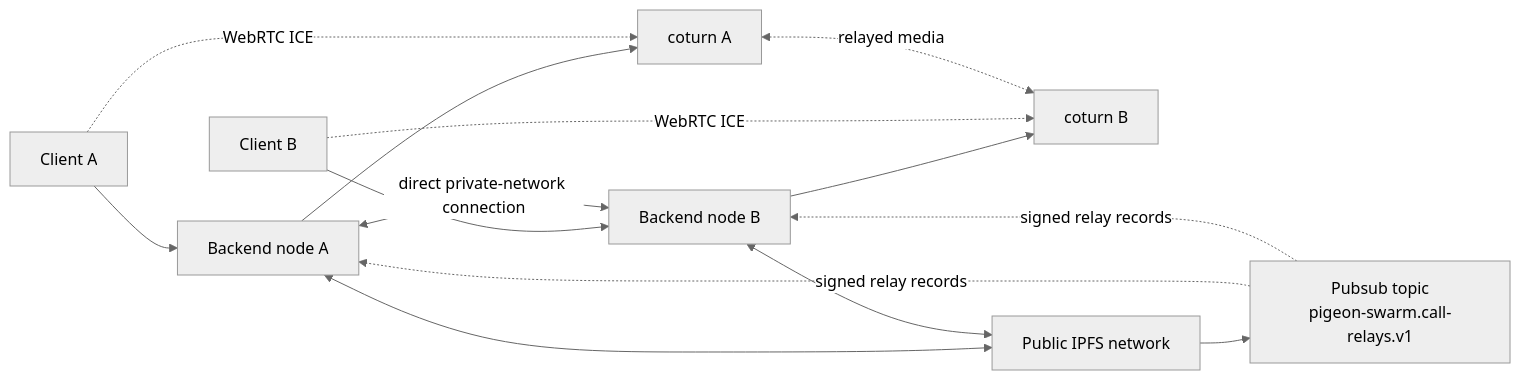
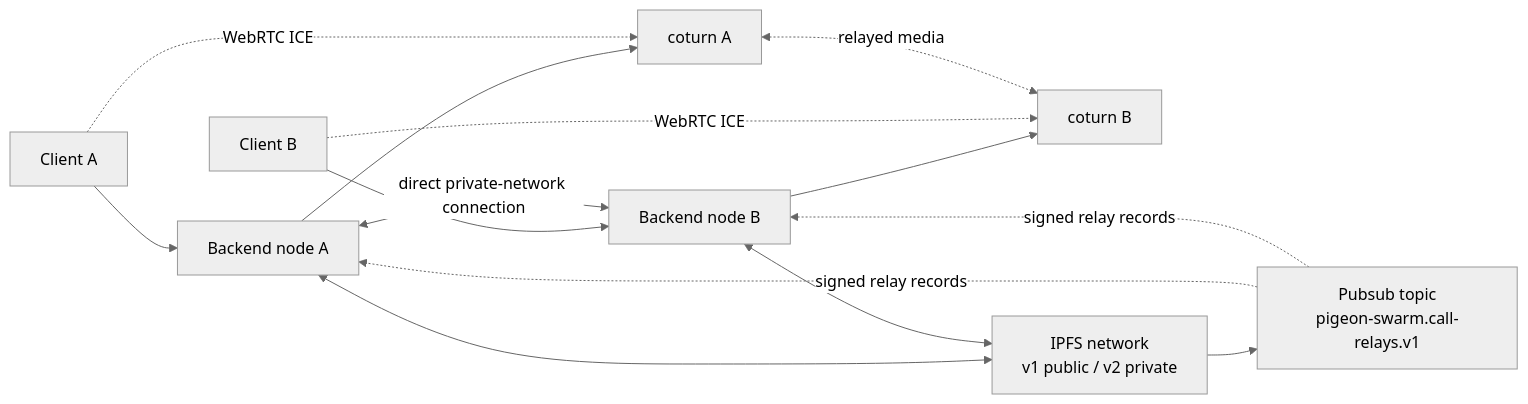
One commit to haskou/pigeon-swarm-node changed the first of 5 diagrams in docs/calls-turn-relay-discovery.md. Above: the diagram before and after it, drawn with Mermaid (neutral theme). The commit also changed other lines of this file and 24 other files, not shown here.

````diff
--- a/docs/calls-turn-relay-discovery.md
+++ b/docs/calls-turn-relay-discovery.md
@@ -28,22 +29,22 @@
 ```mermaid
 flowchart LR
     BrowserA["Client A"] --> BackendA["Backend node A"]
     BrowserB["Client B"] --> BackendB["Backend node B"]
 
     BackendA --> CoturnA["coturn A"]
     BackendB --> CoturnB["coturn B"]
 
     BackendA <-->|"direct private-network connection"| BackendB
 
-    BackendA <--> PublicIPFS["Public IPFS network"]
+    BackendA <--> PublicIPFS["IPFS network<br/>v1 public / v2 private"]
     BackendB <--> PublicIPFS
 
     PublicIPFS --> Topic["Pubsub topic<br/>pigeon-swarm.call-relays.v1"]
 
     Topic -. signed relay records .-> BackendA
     Topic -. signed relay records .-> BackendB
 
     BrowserA -. WebRTC ICE .-> CoturnA
     BrowserB -. WebRTC ICE .-> CoturnB
     CoturnA <-. relayed media .-> CoturnB
 ```
````
